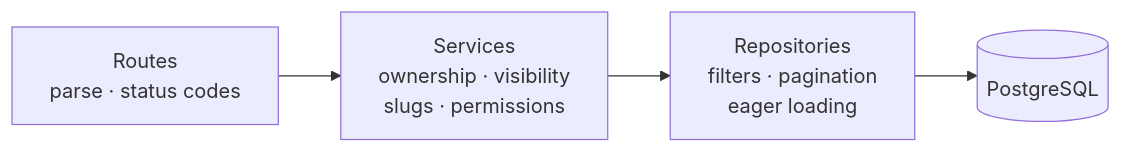
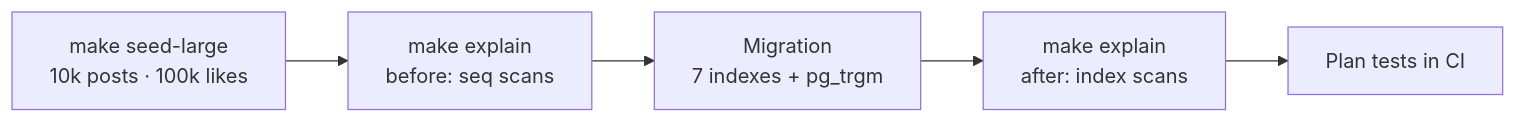
One commit to mr-laboratory/nebula changed the first of 3 diagrams in docs/learning-log/day-04.md. Above: the diagram before and after it, drawn with Mermaid. The commit also changed other lines of this file and 10 other files, not shown here.

````diff
--- a/docs/learning-log/day-04.md
+++ b/docs/learning-log/day-04.md
@@ -7,6 +13,7 @@
 ```mermaid
 flowchart LR
-    RT["Routes<br/>parse · status codes"] --> SV["Services<br/>ownership · visibility<br/>slugs · permissions"]
-    SV --> RP["Repositories<br/>filters · pagination<br/>eager loading"]
-    RP --> DB[(PostgreSQL)]
+    S["make seed-large<br/>10k posts · 100k likes"] --> B["make explain<br/>before: seq scans"]
+    B --> I["Migration<br/>7 indexes + pg_trgm"]
+    I --> A["make explain<br/>after: index scans"]
+    A --> T["Plan tests in CI"]
 ```
````
